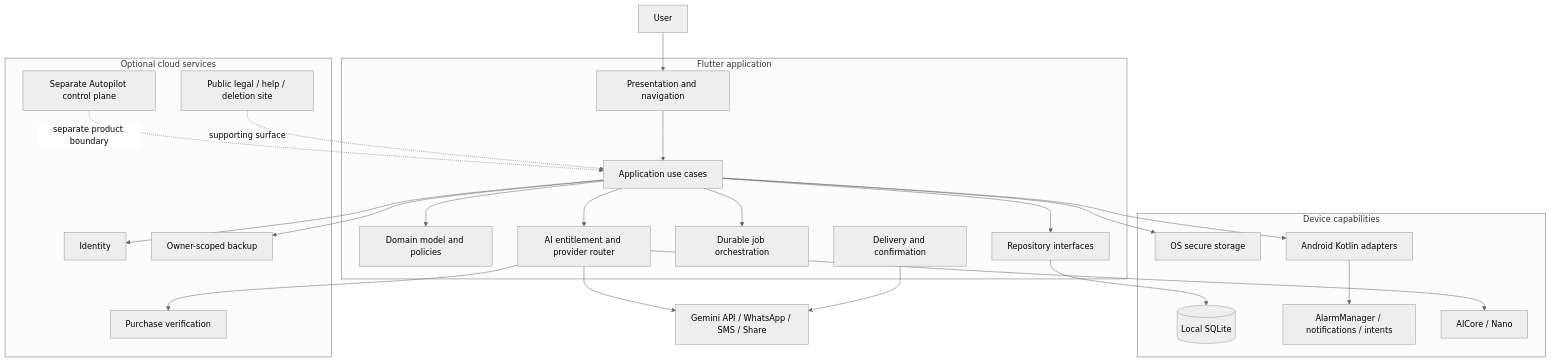
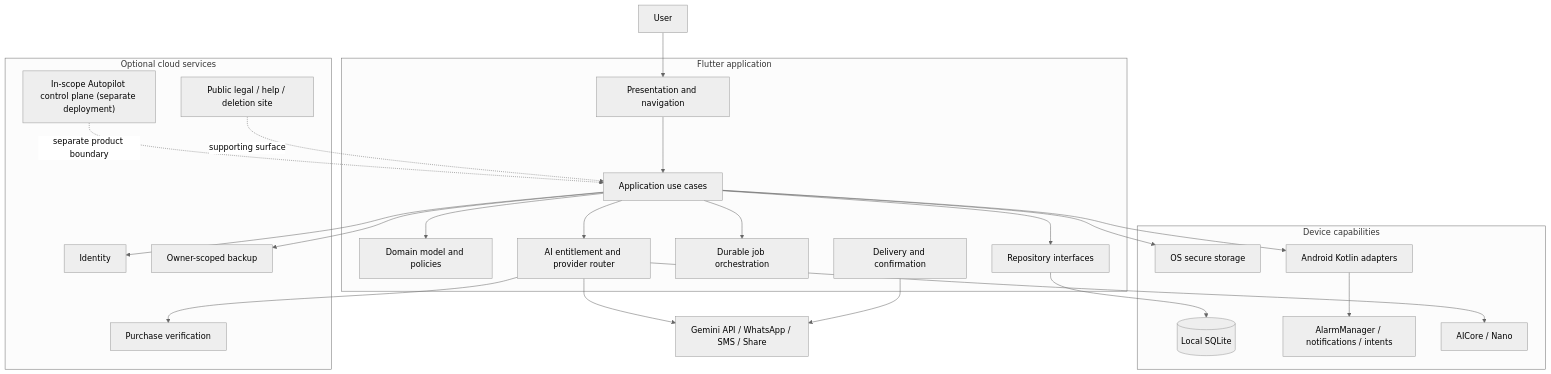
The first of 2 diagrams in docs/product-blueprint/06-technical-architecture.md (yhsomani/AI-Birthday), drawn with Mermaid (neutral theme) before and after one commit. The commit also changed other lines of this file and 81 other files, not shown here.

````diff
--- a/docs/product-blueprint/06-technical-architecture.md
+++ b/docs/product-blueprint/06-technical-architecture.md
@@ -18,41 +18,41 @@
 ```mermaid
 flowchart TB
   U[User]
   subgraph CLIENT[Flutter application]
     UI[Presentation and navigation]
     APP[Application use cases]
     DOM[Domain model and policies]
     REPO[Repository interfaces]
     JOB[Durable job orchestration]
     AI[AI entitlement and provider router]
     DEL[Delivery and confirmation]
   end
   subgraph DEVICE[Device capabilities]
     DB[(Local SQLite)]
     VAULT[OS secure storage]
     AND[Android Kotlin adapters]
     OS[AlarmManager / notifications / intents]
     NANO[AICore / Nano]
   end
   subgraph CLOUD[Optional cloud services]
     ID[Identity]
     BILL[Purchase verification]
     SYNC[Owner-scoped backup]
-    CTRL[Separate Autopilot control plane]
+    CTRL["In-scope Autopilot control plane (separate deployment)"]
     WEB[Public legal / help / deletion site]
   end
   EXT[Gemini API / WhatsApp / SMS / Share]
   U --> UI --> APP --> DOM
   APP --> REPO --> DB
   APP --> JOB
   APP --> VAULT
   APP --> AI --> EXT
   AI --> BILL
   AI --> NANO
   DEL --> EXT
   APP --> AND --> OS
   APP --> ID
   APP --> SYNC
   CTRL -. "separate product boundary" .-> APP
   WEB -. "supporting surface" .-> APP
 ```
````
